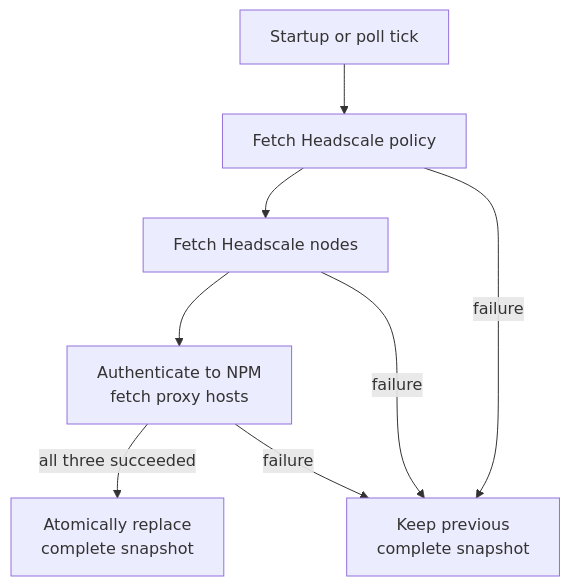
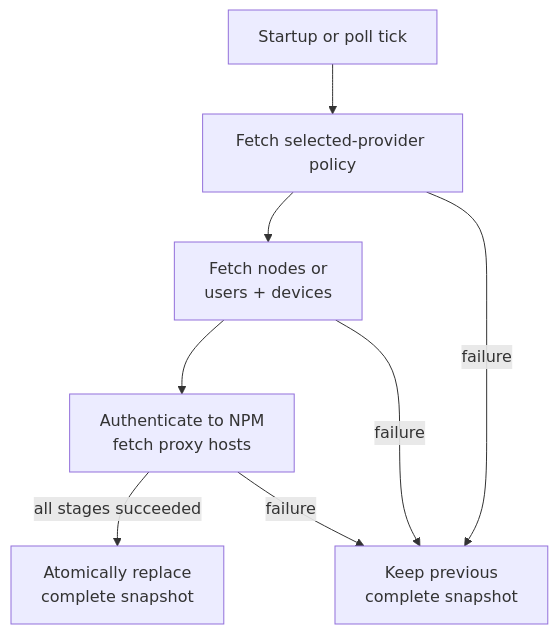
The first of 2 diagrams in docs/concept/how-it-works.md (cybersader/velociportal), drawn with Mermaid before and after one commit. The commit also changed other lines of this file and 27 other files, not shown here.

````diff
--- a/docs/concept/how-it-works.md
+++ b/docs/concept/how-it-works.md
@@ -7,19 +7,19 @@
 ```mermaid
 flowchart TD
     accTitle: Complete snapshot refresh
-    accDescr: Startup or a poll tick triggers Headscale policy, Headscale node, and NPM proxy-host fetches. If all three succeed, Velociportal atomically replaces the snapshot. If any fetch fails, it keeps the previous complete snapshot.
+    accDescr: Startup or a poll tick triggers the selected provider's complete policy and node/device load plus the NPM proxy-host fetch. If every stage succeeds, Velociportal atomically replaces the snapshot. If any stage fails, it keeps the previous complete snapshot.
 
-    Tick["Startup or poll tick"] --> Policy["Fetch Headscale policy"]
-    Policy --> Nodes["Fetch Headscale nodes"]
-    Nodes --> Hosts["Authenticate to NPM<br/>fetch proxy hosts"]
-    Hosts -->|"all three succeeded"| Swap["Atomically replace<br/>complete snapshot"]
+    Tick["Startup or poll tick"] --> Policy["Fetch selected-provider policy"]
+    Policy --> Inventory["Fetch nodes or<br/>users + devices"]
+    Inventory --> Hosts["Authenticate to NPM<br/>fetch proxy hosts"]
+    Hosts -->|"all stages succeeded"| Swap["Atomically replace<br/>complete snapshot"]
     Policy -->|failure| Keep["Keep previous<br/>complete snapshot"]
-    Nodes -->|failure| Keep
+    Inventory -->|failure| Keep
     Hosts -->|failure| Keep
 
     class Tick core
-    class Policy,Nodes control
+    class Policy,Inventory control
     class Hosts service
     class Swap accepted
     class Keep output
 ```
````
